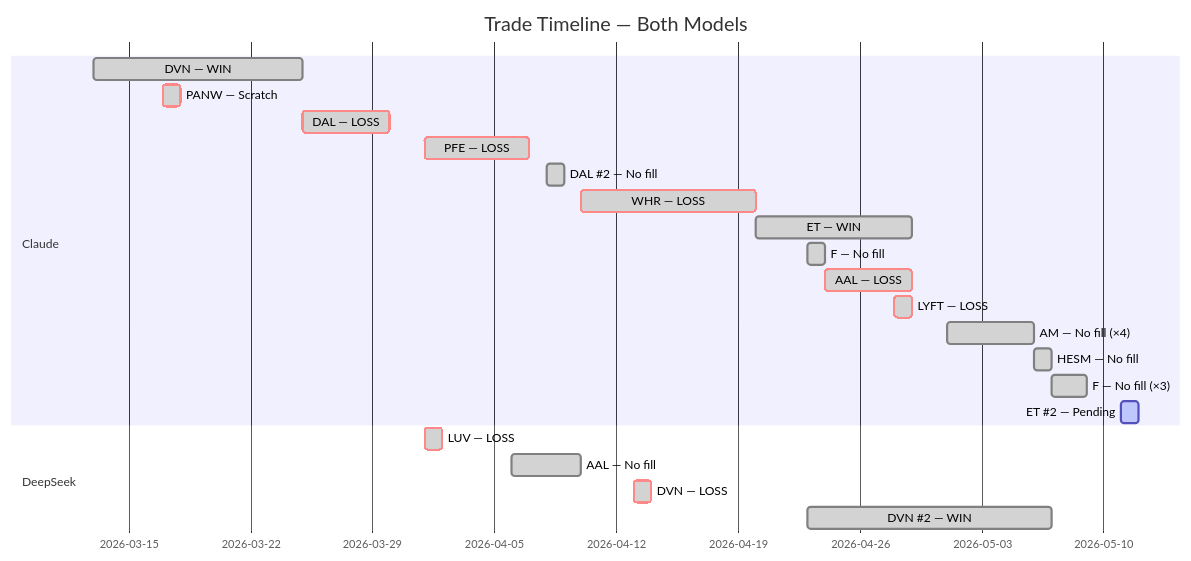
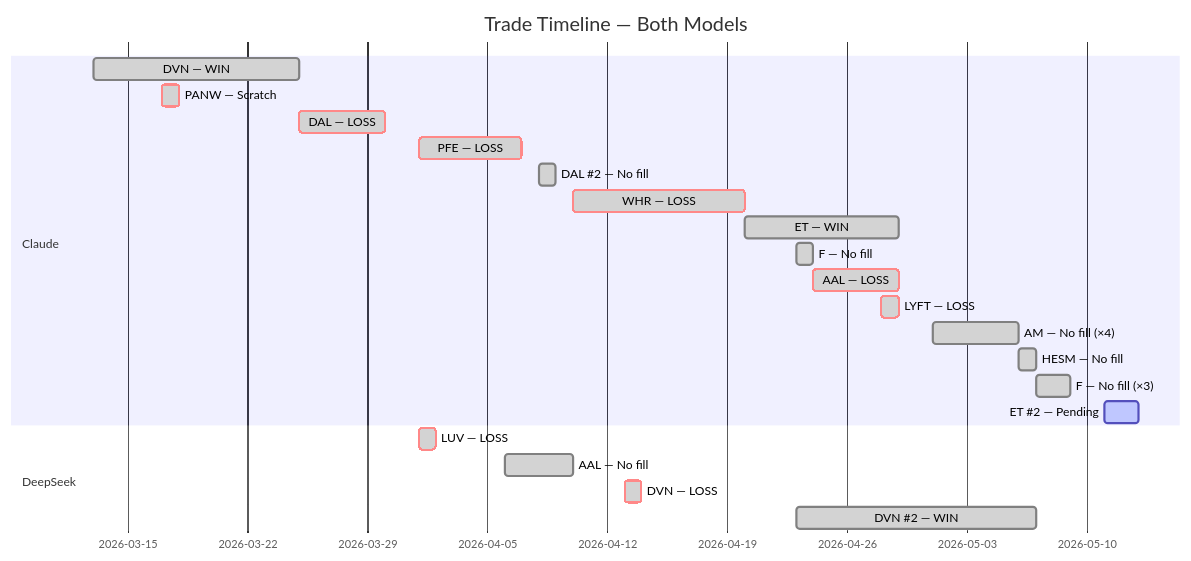
One commit to zachisit/ai-auto-buy-thesis changed the fifth of 5 diagrams in README.md. Above: the diagram before and after it, drawn with Mermaid. The commit also changed other lines of this file and 2 other files, not shown here.

````diff
--- a/README.md
+++ b/README.md
@@ -63,25 +63,25 @@
 ```mermaid
 gantt
     title Trade Timeline — Both Models
     dateFormat YYYY-MM-DD
     section Claude
     DVN — WIN            :done,    2026-03-13, 2026-03-25
     PANW — Scratch       :crit, done, 2026-03-17, 2026-03-18
     DAL — LOSS           :crit, done, 2026-03-25, 2026-03-30
     PFE — LOSS           :crit, done, 2026-04-01, 2026-04-07
     DAL #2 — No fill     :done,    2026-04-08, 2026-04-09
     WHR — LOSS           :crit, done, 2026-04-10, 2026-04-20
     ET — WIN             :done,    2026-04-20, 2026-04-29
     F — No fill          :done,    2026-04-23, 2026-04-24
     AAL — LOSS           :crit, done, 2026-04-24, 2026-04-29
     LYFT — LOSS          :crit, done, 2026-04-28, 2026-04-29
     AM — No fill (×4)    :done,    2026-05-01, 2026-05-06
     HESM — No fill       :done,    2026-05-06, 2026-05-07
     F — No fill (×3)     :done,    2026-05-07, 2026-05-09
-    ET #2 — Pending      :active,  2026-05-11, 2026-05-12
+    ET #2 — Pending      :active,  2026-05-11, 2026-05-13
     section DeepSeek
     LUV — LOSS           :crit, done, 2026-04-01, 2026-04-02
     AAL — No fill        :done,    2026-04-06, 2026-04-10
     DVN — LOSS           :crit, done, 2026-04-13, 2026-04-14
     DVN #2 — WIN         :done,    2026-04-23, 2026-05-07
 ```
````
